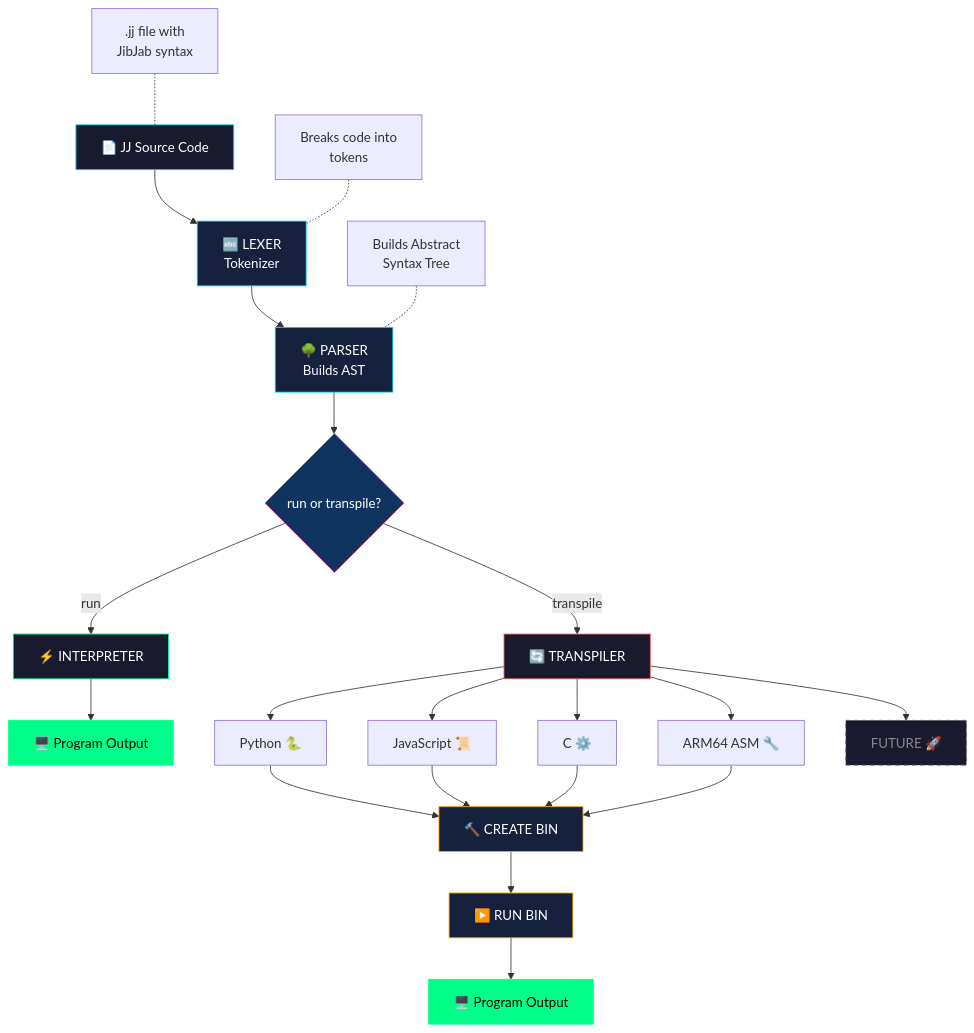
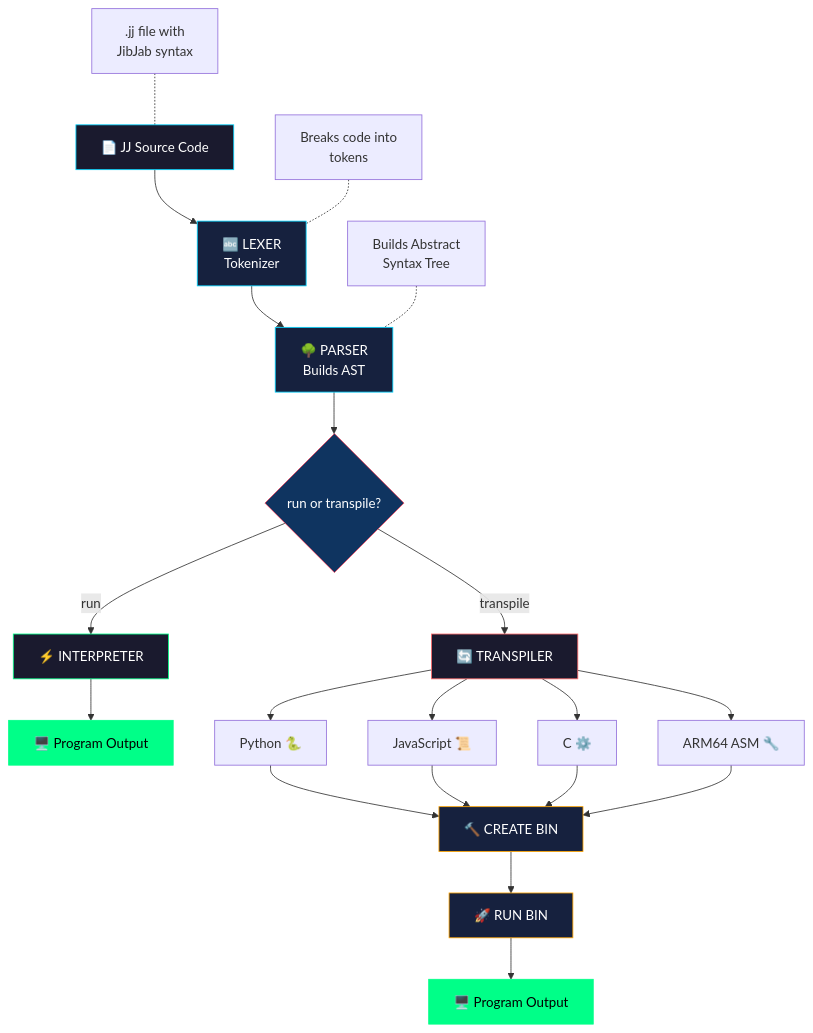
Before and after one commit to SuperBox64/JibberJabber: the diagram in README.md, drawn with Mermaid.

Commit message:
Remove FUTURE node, use 🚀 for RUN BIN

````diff
--- a/README.md
+++ b/README.md
@@ -350,40 +350,38 @@
 ```mermaid
 flowchart TD
     A[📄 JJ Source Code] --> B[🔤 LEXER<br>Tokenizer]
     B --> C[🌳 PARSER<br>Builds AST]
     C --> D{run or transpile?}
 
     A1[".jj file with<br>JibJab syntax"] -.- A
     B1["Breaks code into<br>tokens"] -.- B
     C1["Builds Abstract<br>Syntax Tree"] -.- C
 
     D -->|run| E[⚡ INTERPRETER]
     E --> F[🖥️ Program Output]
 
     D -->|transpile| G[🔄 TRANSPILER]
     G --> H[Python 🐍]
     G --> I[JavaScript 📜]
     G --> J[C ⚙️]
     G --> K[ARM64 ASM 🔧]
-    G --> L[FUTURE 🚀]
 
     H --> M[🔨 CREATE BIN]
     I --> M
     J --> M
     K --> M
-    M --> N[▶️ RUN BIN]
+    M --> N[🚀 RUN BIN]
     N --> O[🖥️ Program Output]
 
-    style L fill:#1a1a2e,stroke:#666,color:#888,stroke-dasharray: 5 5
     style M fill:#16213e,stroke:#ffa500,color:#fff
     style N fill:#16213e,stroke:#ffa500,color:#fff
     style O fill:#00ff88,stroke:#00ff88,color:#000
 
     style A fill:#1a1a2e,stroke:#00d4ff,color:#fff
     style B fill:#16213e,stroke:#00d4ff,color:#fff
     style C fill:#16213e,stroke:#00d4ff,color:#fff
     style D fill:#0f3460,stroke:#e94560,color:#fff
     style E fill:#1a1a2e,stroke:#00ff88,color:#fff
     style F fill:#00ff88,stroke:#00ff88,color:#000
     style G fill:#1a1a2e,stroke:#ff6b6b,color:#fff
 ```
````
